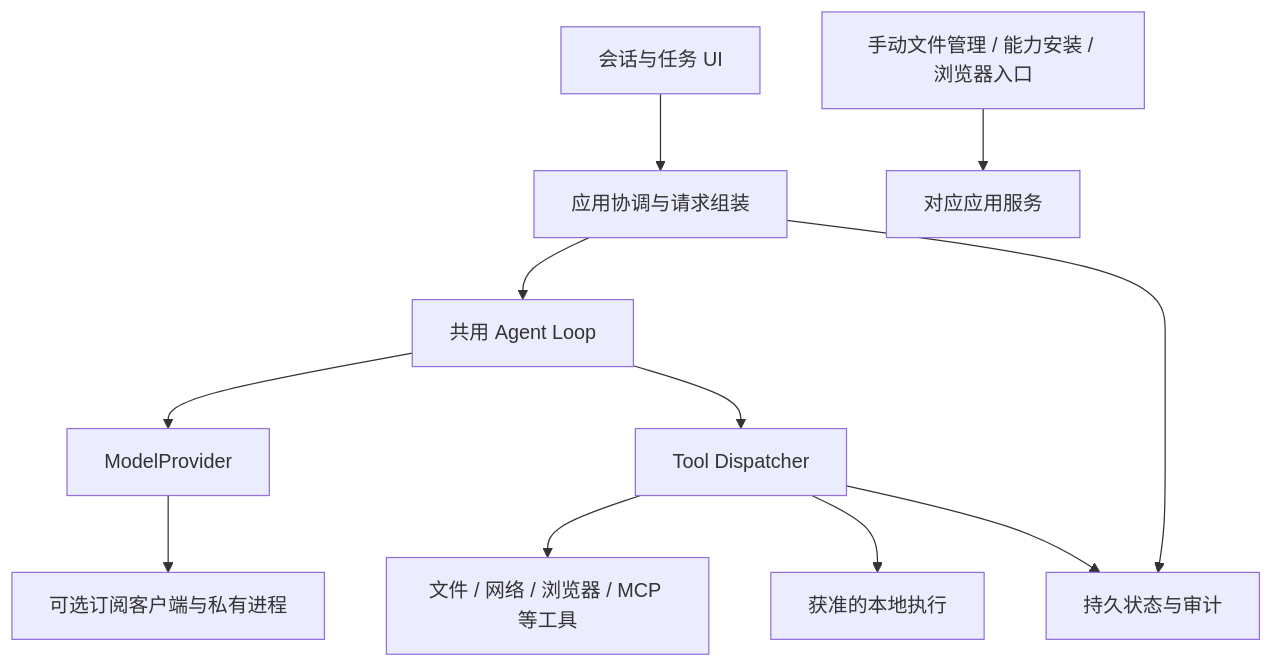
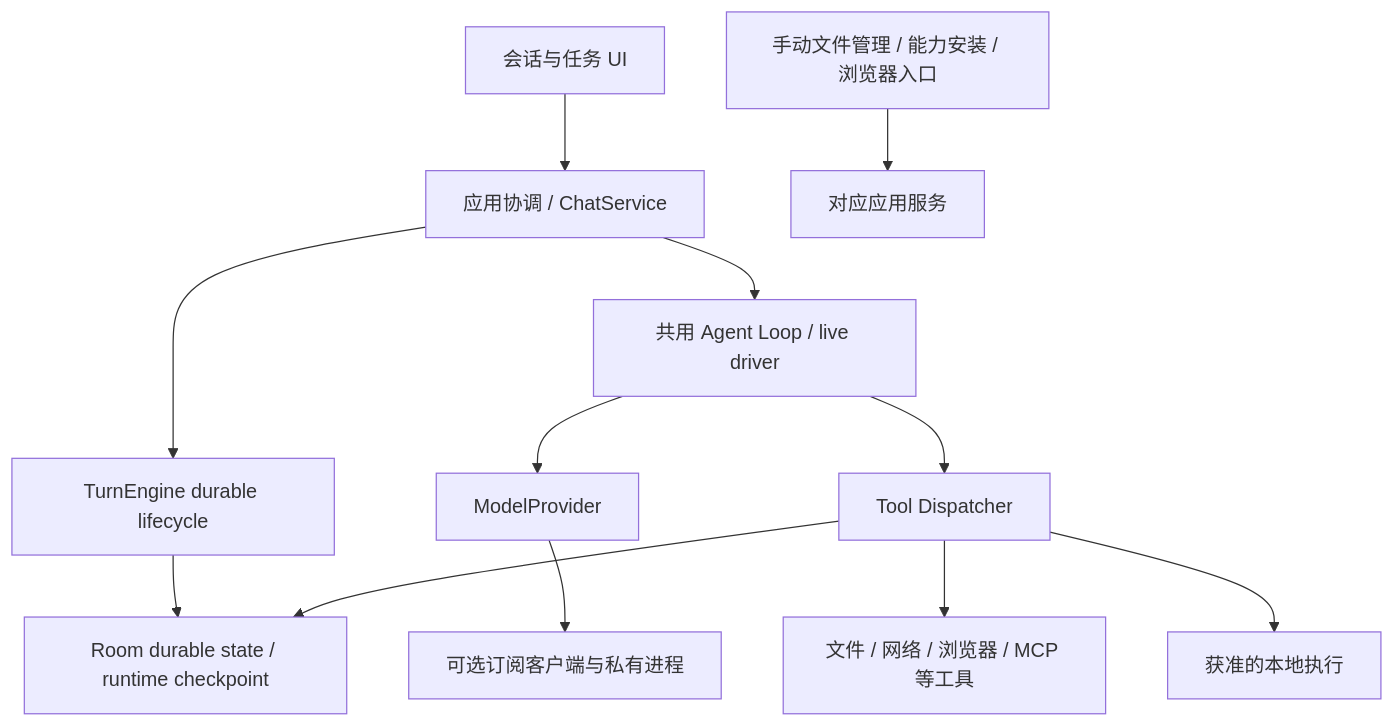
The diagram in docs/architecture/overview.md (dollarser/helix-agent), drawn with Mermaid before and after one commit. The commit also changed other lines of this file and 236 other files, not shown here.

Commit message:
refactor(engine): converge clean-slate turn lifecycle

````diff
--- a/docs/architecture/overview.md
+++ b/docs/architecture/overview.md
@@ -15,13 +16,14 @@
 ```mermaid
 flowchart TD
-  UI[会话与任务 UI] --> Coordinator[应用协调与请求组装]
-  Coordinator --> Loop[共用 Agent Loop]
+  UI[会话与任务 UI] --> Coordinator[应用协调 / ChatService]
+  Coordinator --> Engine[TurnEngine durable lifecycle]
+  Coordinator --> Loop[共用 Agent Loop / live driver]
+  Engine --> State[Room durable state / runtime checkpoint]
   Loop --> Provider[ModelProvider]
   Loop --> Dispatcher[Tool Dispatcher]
   Dispatcher --> Tools[文件 / 网络 / 浏览器 / MCP 等工具]
   Dispatcher --> Runtime[获准的本地执行]
   Manual[手动文件管理 / 能力安装 / 浏览器入口] --> Services[对应应用服务]
-  Coordinator --> State[持久状态与审计]
   Dispatcher --> State
   Provider --> Subscription[可选订阅客户端与私有进程]
 ```
````
